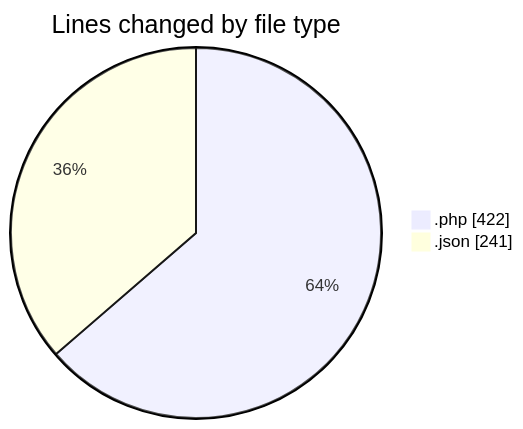
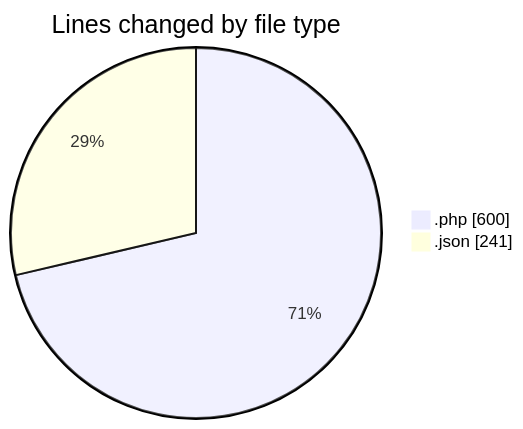
One commit to idhammustaqopulfikri/code-tracking changed the first of 2 diagrams in 2025-03-30/autodidak/README.md. Above: the diagram before and after it, drawn with Mermaid. The commit also changed other lines of this file and 1 other file, not shown here.

````diff
--- a/2025-03-30/autodidak/README.md
+++ b/2025-03-30/autodidak/README.md
@@ -25,6 +26,6 @@
 ```mermaid
 pie showData
 title Lines changed by file type
-".php" : 422
+".php" : 600
 ".json" : 241
 ```
````
